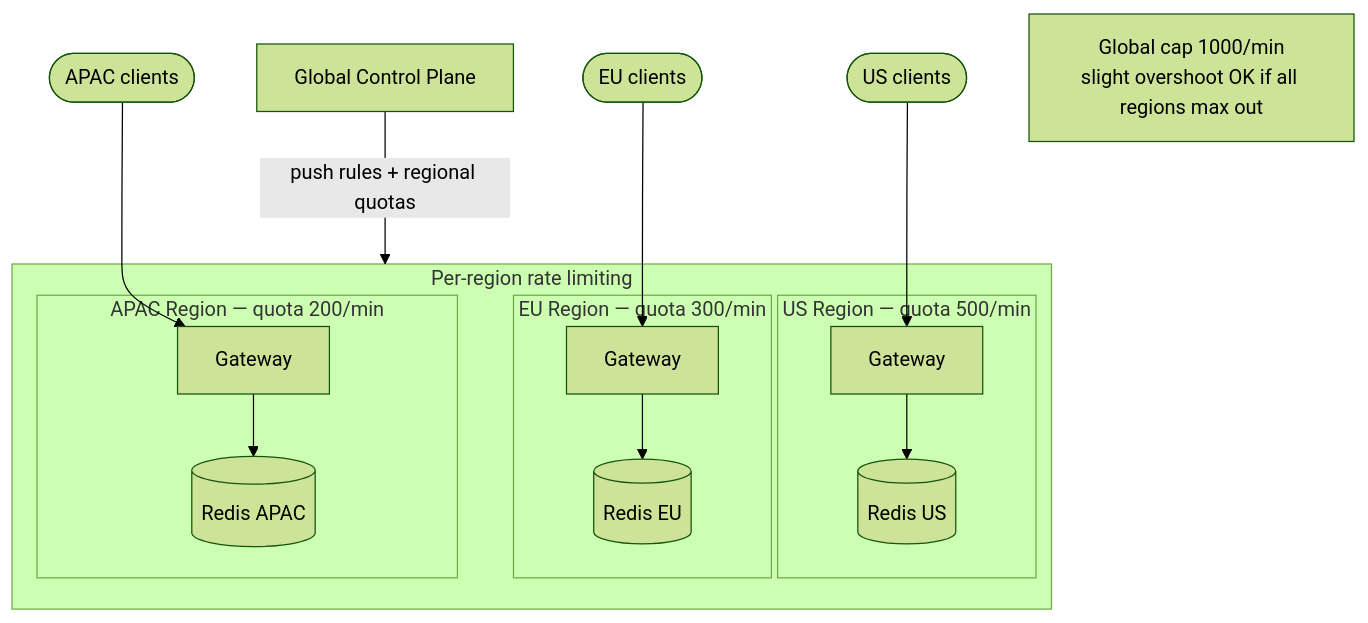
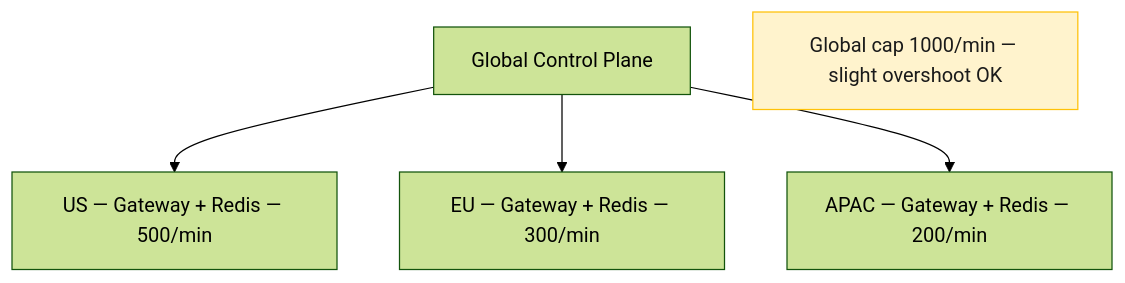
The diagram in assets/images/high_level_design/01_flow_multi_region.mmd (amanjaiswal30/dsa-solutions), drawn with Mermaid (forest theme) before and after one commit. The commit also changed 50 other files, not shown here.

```diff
--- a/assets/images/high_level_design/01_flow_multi_region.mmd
+++ b/assets/images/high_level_design/01_flow_multi_region.mmd
@@ -1,20 +1,7 @@
-flowchart TB
-    CP[Global Control Plane] -->|push rules + regional quotas| REG
+flowchart TD
+    CP[Global Control Plane] --> US[US — Gateway + Redis — 500/min]
+    CP --> EU[EU — Gateway + Redis — 300/min]
+    CP --> AP[APAC — Gateway + Redis — 200/min]
+    NOTE[Global cap 1000/min — slight overshoot OK]
 
-    subgraph REG["Per-region rate limiting"]
-        subgraph US["US Region — quota 500/min"]
-            GW_US[Gateway] --> R_US[(Redis US)]
-        end
-        subgraph EU["EU Region — quota 300/min"]
-            GW_EU[Gateway] --> R_EU[(Redis EU)]
-        end
-        subgraph APAC["APAC Region — quota 200/min"]
-            GW_AP[Gateway] --> R_AP[(Redis APAC)]
-        end
-    end
-
-    C_US([US clients]) --> GW_US
-    C_EU([EU clients]) --> GW_EU
-    C_AP([APAC clients]) --> GW_AP
-
-    Note1["Global cap 1000/min<br/>slight overshoot OK if all regions max out"]
+    style NOTE fill:#fff3cd,stroke:#ffc107,color:#1a1a1a
```
